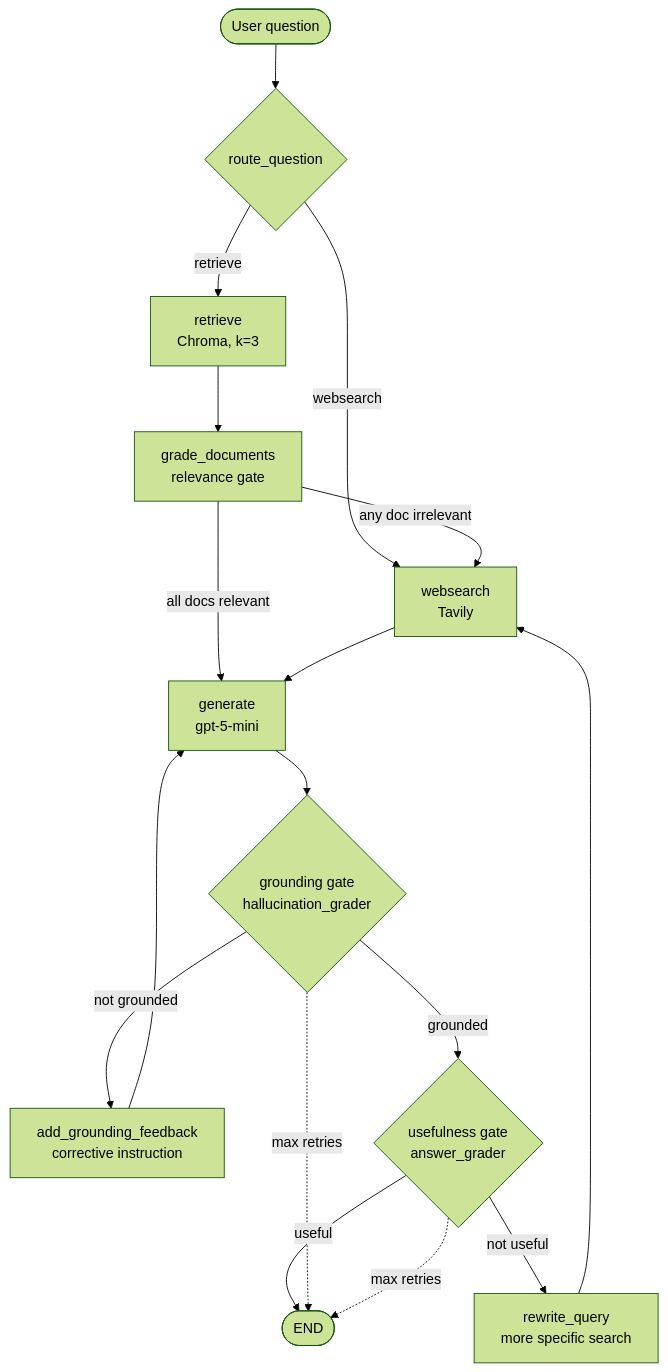
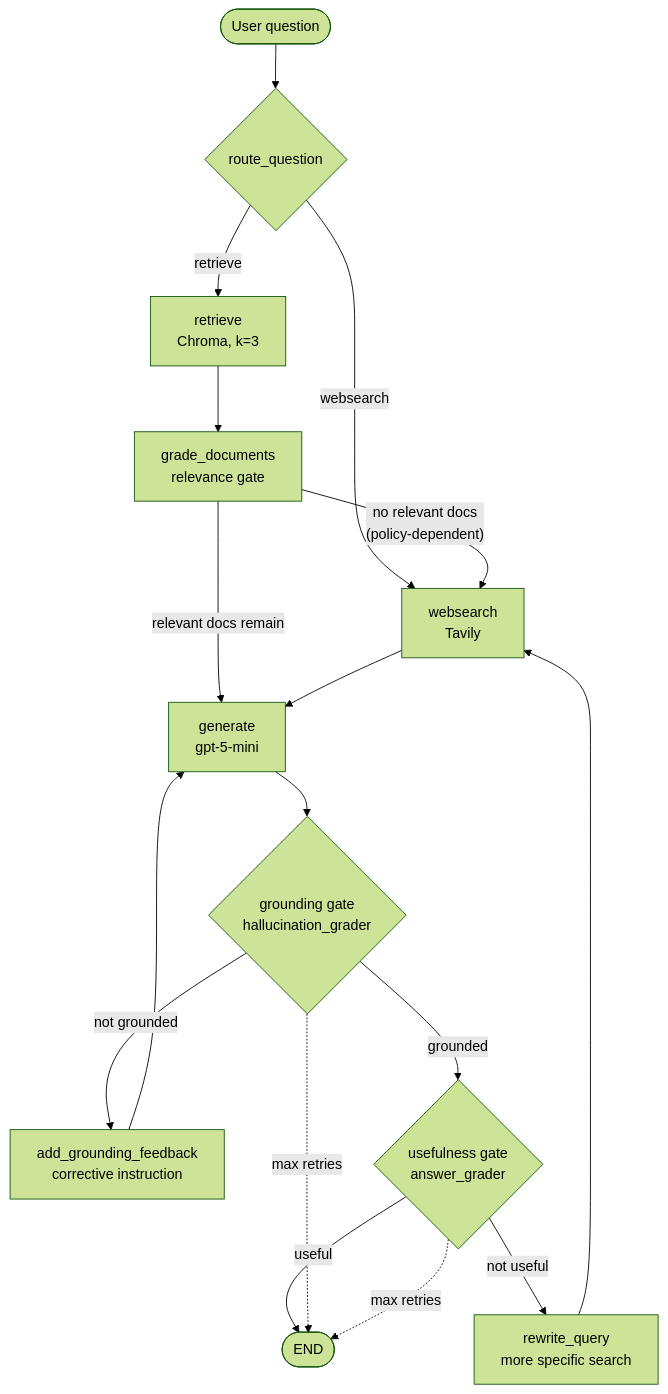
One commit to rhenus-Q/Enterprise-Office-Agent changed the diagram in README.md. Above: the diagram before and after it, drawn with Mermaid (forest theme). The commit also changed other lines of this file and 12 other files, not shown here.

````diff
--- a/README.md
+++ b/README.md
@@ -32,22 +32,22 @@
 ```mermaid
 flowchart TD
     Q([User question]) --> ROUTE{route_question}
 
     ROUTE -- "websearch" --> WS[websearch<br/>Tavily]
     ROUTE -- "retrieve" --> RET[retrieve<br/>Chroma, k=3]
 
     RET --> GD[grade_documents<br/>relevance gate]
-    GD -- "all docs relevant" --> GEN[generate<br/>gpt-5-mini]
-    GD -- "any doc irrelevant" --> WS
+    GD -- "relevant docs remain" --> GEN[generate<br/>gpt-5-mini]
+    GD -- "no relevant docs<br/>(policy-dependent)" --> WS
     WS --> GEN
 
     GEN --> HG{grounding gate<br/>hallucination_grader}
     HG -- "not grounded" --> FB[add_grounding_feedback<br/>corrective instruction]
     FB --> GEN
     HG -- "grounded" --> AG{usefulness gate<br/>answer_grader}
     AG -- "useful" --> E([END])
     AG -- "not useful" --> RW[rewrite_query<br/>more specific search]
     RW --> WS
     HG -. "max retries" .-> E
     AG -. "max retries" .-> E
 ```
````
